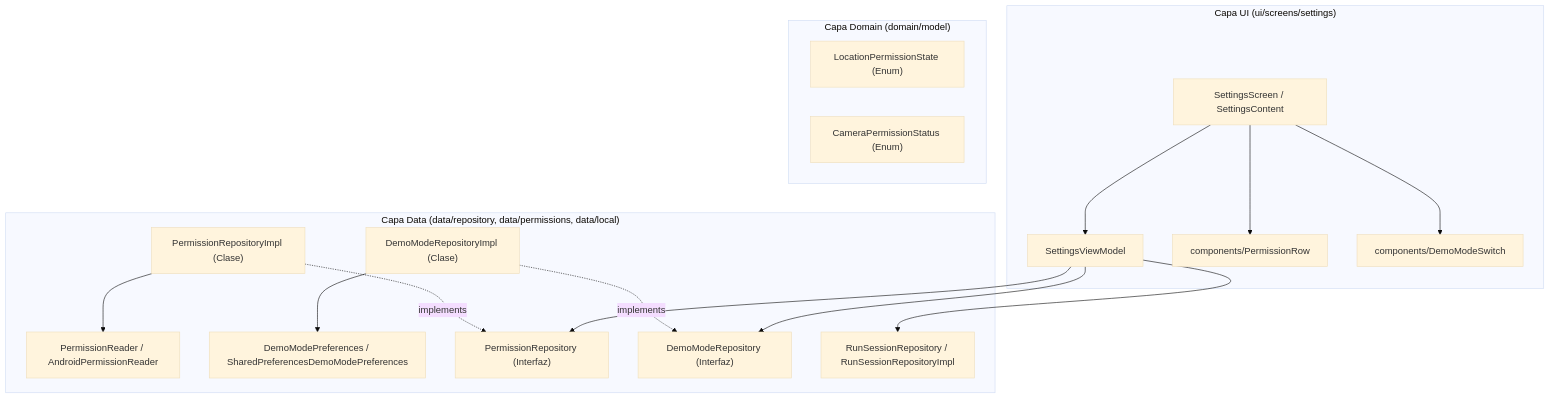
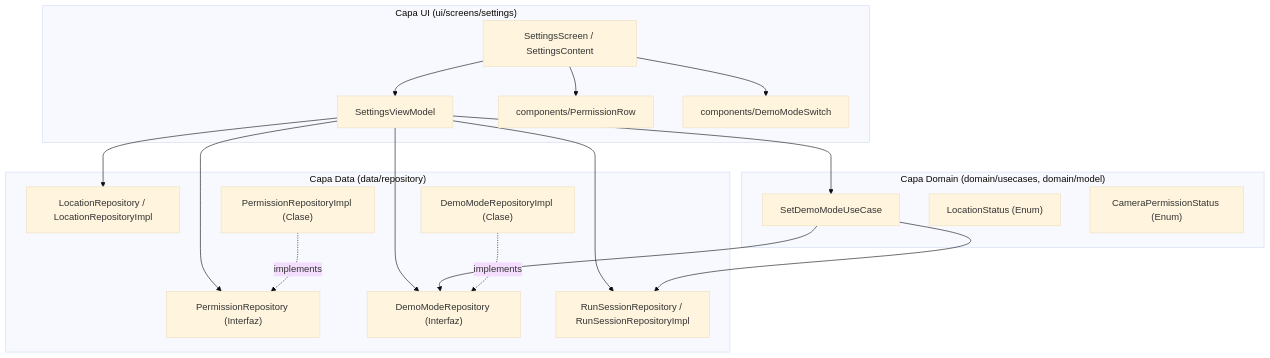
One commit to unlam-tec-movil/A3-2026-H2-E2 changed the diagram in .kiro/specs/configuration/design.md. Above: the diagram before and after it, drawn with Mermaid (base theme). The commit also changed other lines of this file and 21 other files, not shown here.

````diff
--- a/.kiro/specs/configuration/design.md
+++ b/.kiro/specs/configuration/design.md
@@ -13,38 +13,40 @@
 ```mermaid
 graph TD
     subgraph UI ["Capa UI (ui/screens/settings)"]
         SettingsScreen["SettingsScreen / SettingsContent"]
         SettingsViewModel["SettingsViewModel"]
         PermissionRow["components/PermissionRow"]
         DemoModeSwitch["components/DemoModeSwitch"]
     end
 
-    subgraph Domain ["Capa Domain (domain/model)"]
-        LocationPermissionState["LocationPermissionState (Enum)"]
+    subgraph Domain ["Capa Domain (domain/usecases, domain/model)"]
+        SetDemoModeUseCase["SetDemoModeUseCase"]
+        LocationStatus["LocationStatus (Enum)"]
         CameraPermissionStatus["CameraPermissionStatus (Enum)"]
     end
 
-    subgraph Data ["Capa Data (data/repository, data/permissions, data/local)"]
-        PermissionReader["PermissionReader / AndroidPermissionReader"]
-        DemoModePrefs["DemoModePreferences / SharedPreferencesDemoModePreferences"]
+    subgraph Data ["Capa Data (data/repository)"]
+        LocationRepo["LocationRepository / LocationRepositoryImpl"]
         PermissionRepo["PermissionRepository (Interfaz)"]
         PermissionRepoImpl["PermissionRepositoryImpl (Clase)"]
         DemoModeRepo["DemoModeRepository (Interfaz)"]
         DemoModeRepoImpl["DemoModeRepositoryImpl (Clase)"]
         RunSessionRepo["RunSessionRepository / RunSessionRepositoryImpl"]
     end
 
     SettingsScreen --> SettingsViewModel
     SettingsScreen --> PermissionRow
     SettingsScreen --> DemoModeSwitch
 
+    SettingsViewModel --> LocationRepo
     SettingsViewModel --> PermissionRepo
     SettingsViewModel --> DemoModeRepo
     SettingsViewModel --> RunSessionRepo
+    SettingsViewModel --> SetDemoModeUseCase
+
+    SetDemoModeUseCase --> DemoModeRepo
+    SetDemoModeUseCase --> RunSessionRepo
 
     PermissionRepoImpl -. implements .-> PermissionRepo
     DemoModeRepoImpl -. implements .-> DemoModeRepo
-
-    PermissionRepoImpl --> PermissionReader
-    DemoModeRepoImpl --> DemoModePrefs
 ```
````
